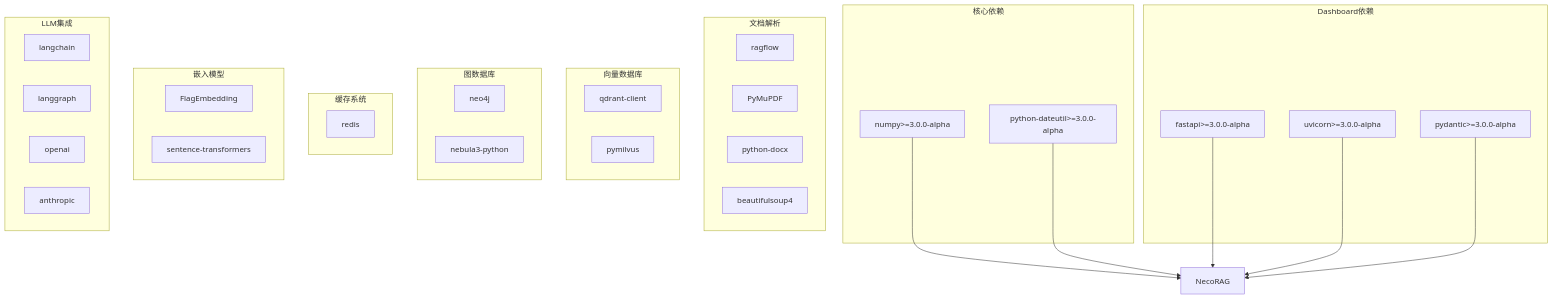
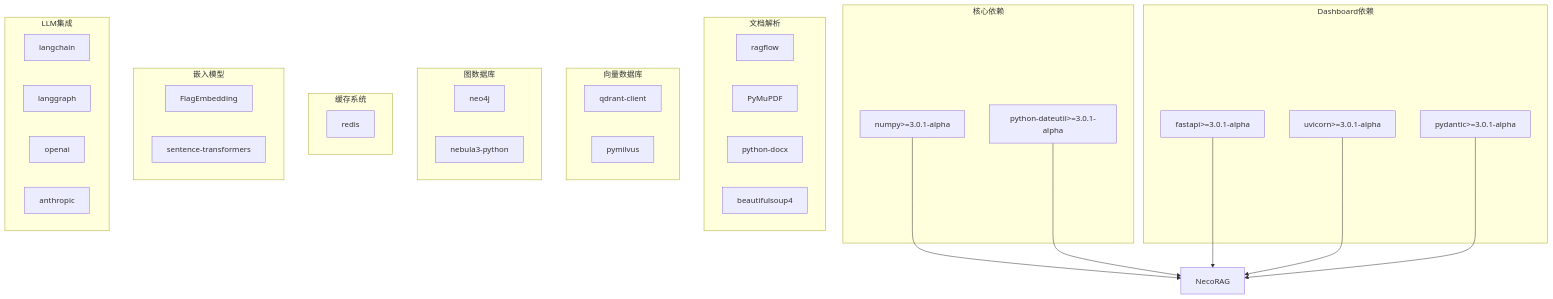
The eighth of 8 diagrams in wiki/wiki/项目概述/快速开始指南.md (JieGaoPrinceton/NecoRAG), drawn with Mermaid before and after one commit. The commit also changed other lines of this file and 88 other files, not shown here.

````diff
--- a/wiki/wiki/项目概述/快速开始指南.md
+++ b/wiki/wiki/项目概述/快速开始指南.md
@@ -435,44 +435,44 @@
 ```mermaid
 graph TB
 subgraph "核心依赖"
-A[numpy>=3.0.0-alpha]
-B[python-dateutil>=3.0.0-alpha]
+A[numpy>=3.0.1-alpha]
+B[python-dateutil>=3.0.1-alpha]
 end
 subgraph "Dashboard依赖"
-C[fastapi>=3.0.0-alpha]
-D[uvicorn>=3.0.0-alpha]
-E[pydantic>=3.0.0-alpha]
+C[fastapi>=3.0.1-alpha]
+D[uvicorn>=3.0.1-alpha]
+E[pydantic>=3.0.1-alpha]
 end
 subgraph "文档解析"
 F[ragflow]
 G[PyMuPDF]
 H[python-docx]
 I[beautifulsoup4]
 end
 subgraph "向量数据库"
 J[qdrant-client]
 K[pymilvus]
 end
 subgraph "图数据库"
 L[neo4j]
 M[nebula3-python]
 end
 subgraph "缓存系统"
 N[redis]
 end
 subgraph "嵌入模型"
 O[FlagEmbedding]
 P[sentence-transformers]
 end
 subgraph "LLM集成"
 Q[langchain]
 R[langgraph]
 S[openai]
 T[anthropic]
 end
 A --> U[NecoRAG]
 B --> U
 C --> U
 D --> U
 E --> U
 ```
````
